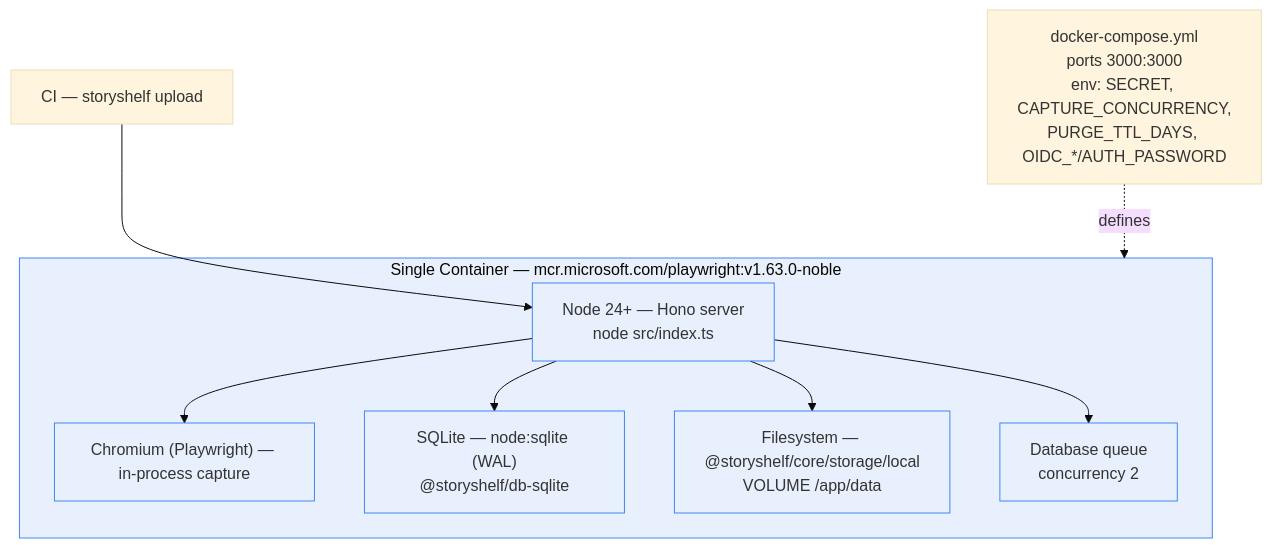
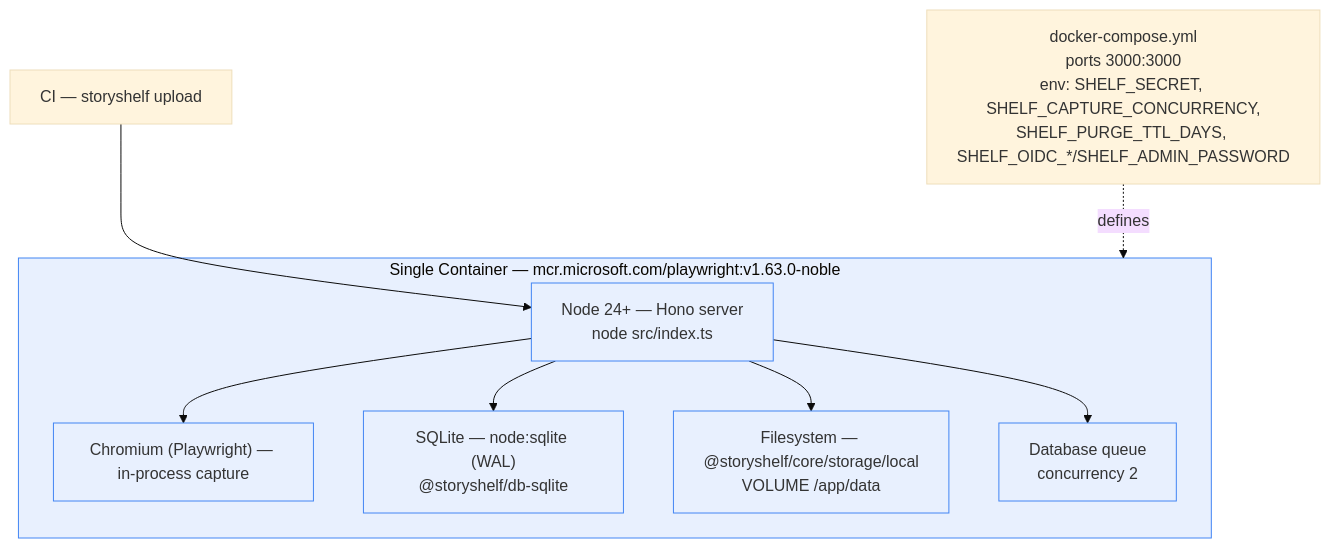
Before and after one commit to GuptaSiddhant/StoryShelf: diagram 14 of 18 in docs/architecture-diagrams.md, drawn with Mermaid (base theme). The commit also changed other lines of this file and 224 other files, not shown here.

````diff
--- a/docs/architecture-diagrams.md
+++ b/docs/architecture-diagrams.md
@@ -760,23 +760,23 @@
 ```mermaid
 flowchart TB
     subgraph Docker["Single Container — mcr.microsoft.com/playwright:v1.63.0-noble"]
         Node["Node 24+ — Hono server<br/>node src/index.ts"]
         PW["Chromium (Playwright) — in-process capture"]
         SQLite["SQLite — node:sqlite (WAL)<br/>@storyshelf/db-sqlite"]
         FS["Filesystem — @storyshelf/core/storage/local<br/>VOLUME /app/data"]
         Queue2["Database queue<br/>concurrency 2"]
     end
 
-    Compose["docker-compose.yml<br/>ports 3000:3000<br/>env: SECRET, CAPTURE_CONCURRENCY,<br/>PURGE_TTL_DAYS, OIDC_*/AUTH_PASSWORD"]
+    Compose["docker-compose.yml<br/>ports 3000:3000<br/>env: SHELF_SECRET, SHELF_CAPTURE_CONCURRENCY,<br/>SHELF_PURGE_TTL_DAYS, SHELF_OIDC_*/SHELF_ADMIN_PASSWORD"]
     CI2["CI — storyshelf upload"]
 
     CI2 --> Node
     Node --> PW
     Node --> SQLite
     Node --> FS
     Node --> Queue2
     Compose -. defines .-> Docker
 
     classDef container fill:#e8f0fe,stroke:#4285f4;
     class Docker,Node,PW,SQLite,FS,Queue2 container;
 ```
````
